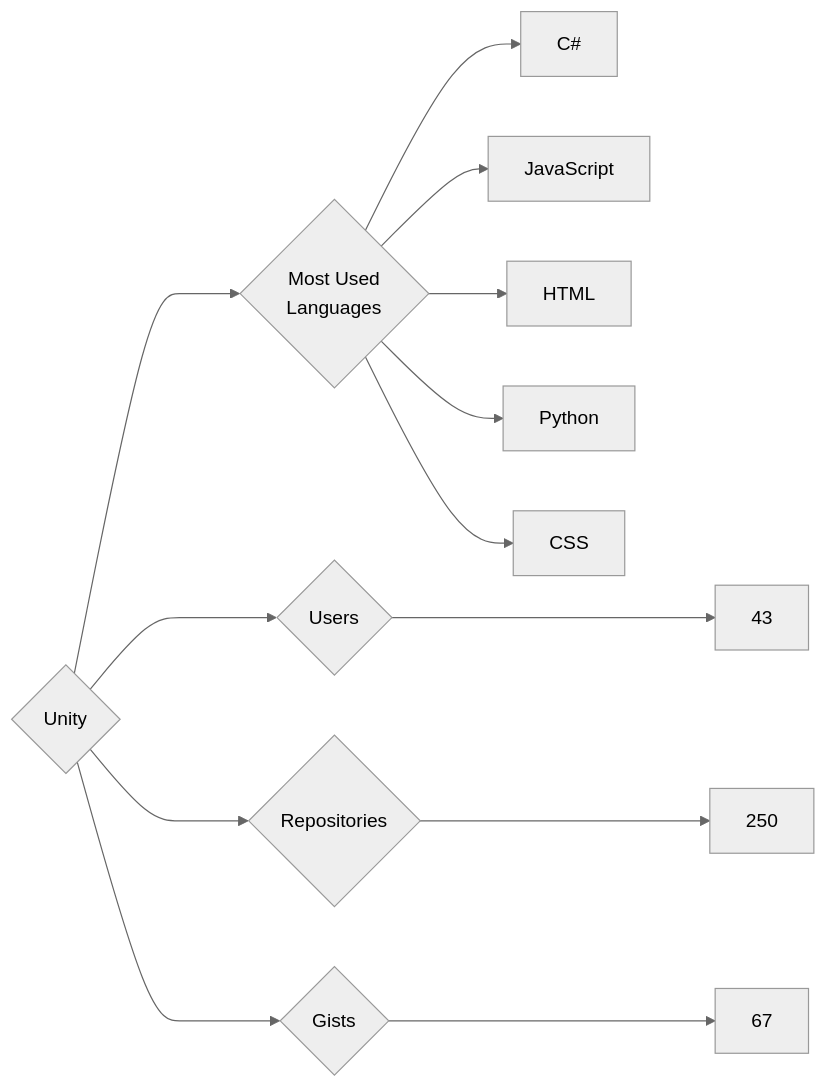
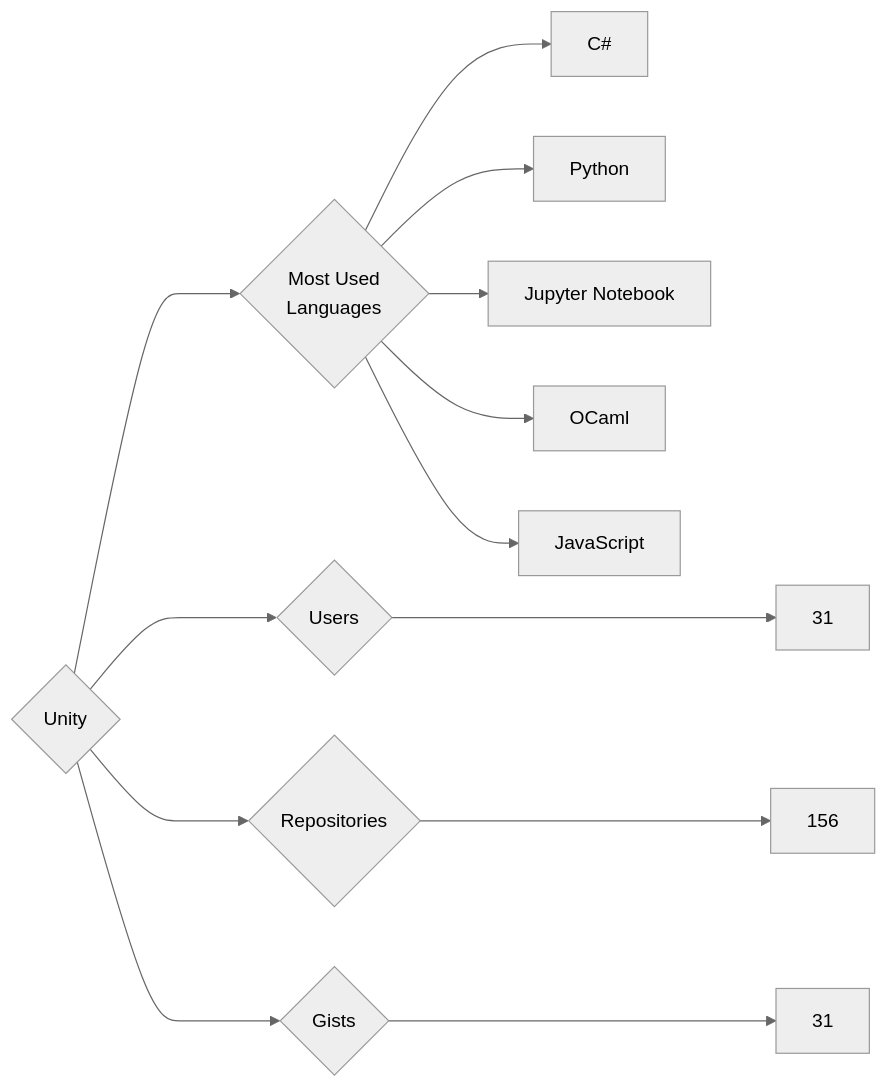
The diagram in targets/Unity/README.md (trickest/insiders), drawn with Mermaid (neutral theme) before and after one commit. The commit also changed 878 other files, not shown here.

````diff
--- a/targets/Unity/README.md
+++ b/targets/Unity/README.md
@@ -3,13 +3,13 @@
 ```mermaid
 graph LR
 COMPANY_NAME{Unity}
-COMPANY_NAME ---> U{Users} ---> UN[43]
-COMPANY_NAME ---> R{Repositories} ---> RN[250]
-COMPANY_NAME ---> G{Gists} ---> GN[67]
+COMPANY_NAME ---> U{Users} ---> UN[31]
+COMPANY_NAME ---> R{Repositories} ---> RN[156]
+COMPANY_NAME ---> G{Gists} ---> GN[31]
 COMPANY_NAME ---> ML{Most Used<br>Languages}
 ML --> C#[C#]
+ML --> Python[Python]
+ML --> Jupyter_Notebook[Jupyter Notebook]
+ML --> OCaml[OCaml]
 ML --> JavaScript[JavaScript]
-ML --> HTML[HTML]
-ML --> Python[Python]
-ML --> CSS[CSS]
 ```
````
